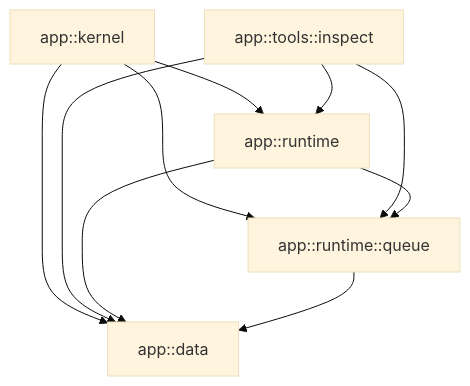
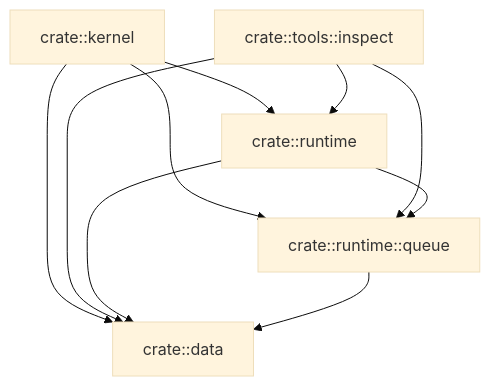
Before and after one commit to mbbill/Whitefoot: the diagram in research/investigations/modular-compilation/demo/README.md, drawn with Mermaid (base theme). The commit also changed other lines of this file and 18 other files, not shown here.

````diff
--- a/research/investigations/modular-compilation/demo/README.md
+++ b/research/investigations/modular-compilation/demo/README.md
@@ -81,12 +89,12 @@
 ```mermaid
 graph TD
-  K[app::kernel] --> D[app::data]
-  K --> Q[app::runtime::queue]
-  K --> R[app::runtime]
-  I[app::tools::inspect] --> D
+  K[crate::kernel] --> D[crate::data]
+  K --> Q[crate::runtime::queue]
+  K --> R[crate::runtime]
+  I[crate::tools::inspect] --> D
   I --> Q
   I --> R
   R --> D
   R --> Q
   Q --> D
 ```
````
